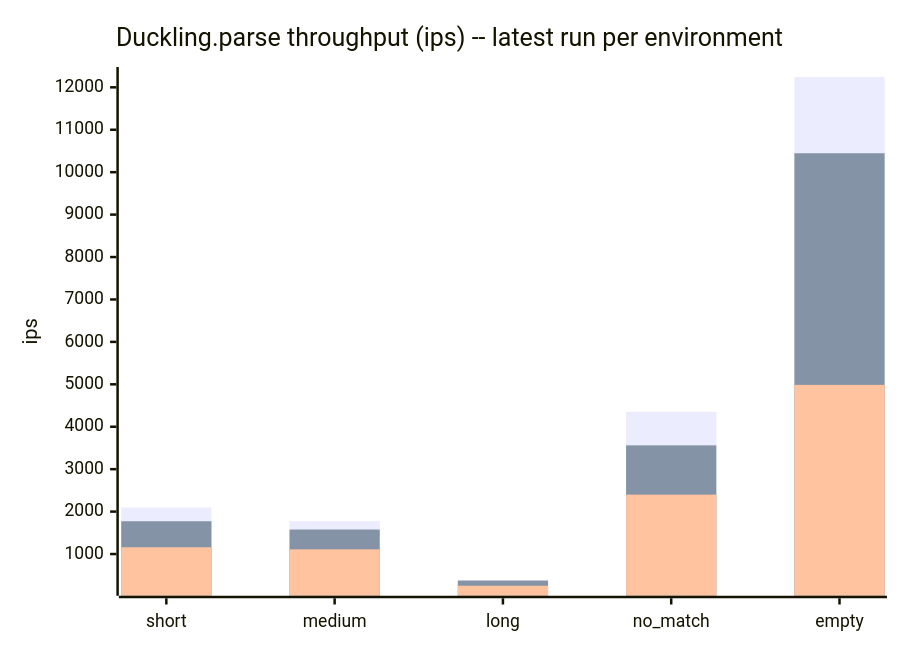
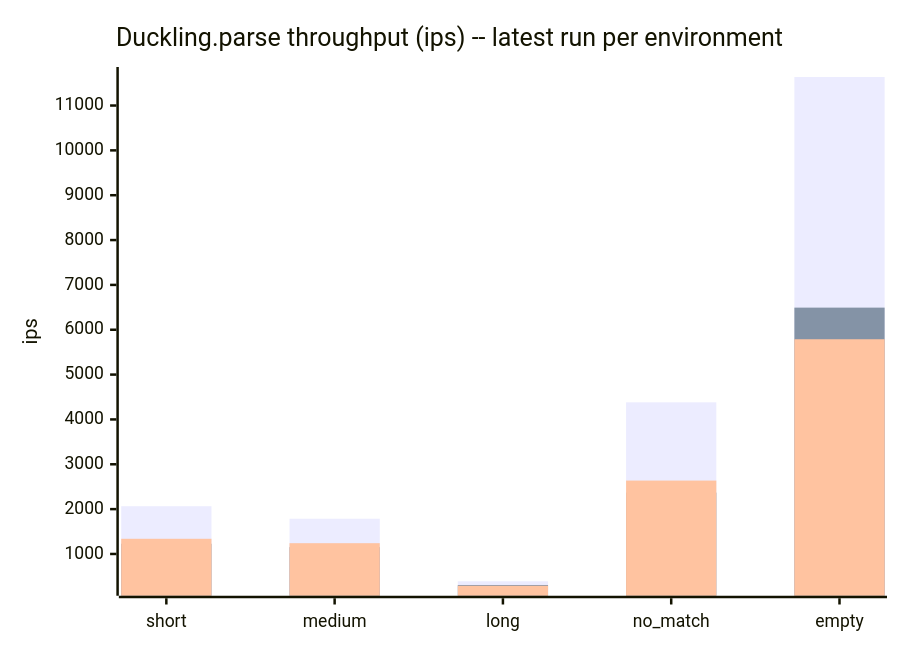
Before and after one commit to cpb/duckling: the fourth of 5 diagrams in docs/benchmarks/README.md, drawn with Mermaid. The commit also changed other lines of this file and 14 other files, not shown here.

````diff
--- a/docs/benchmarks/README.md
+++ b/docs/benchmarks/README.md
@@ -133,9 +133,9 @@
 ```mermaid
 xychart-beta
     title "Duckling.parse throughput (ips) -- latest run per environment"
     x-axis [short, medium, long, no_match, empty]
     y-axis "ips"
-    bar "github-actions" [2096.8, 1775.4, 391.8, 4353.6, 12243.5]
-    bar "claude-code-web" [1773.1, 1577.3, 373.4, 3561.1, 10446.8]
-    bar "local" [1159.0, 1110.2, 252.3, 2399.9, 4986.6]
+    bar "github-actions" [2064.6, 1785.9, 391.5, 4382.0, 11636.2]
+    bar "claude-code-web" [1228.1, 1152.8, 308.1, 2368.1, 6493.4]
+    bar "local" [1338.4, 1240.2, 291.2, 2636.8, 5788.3]
 ```
````
